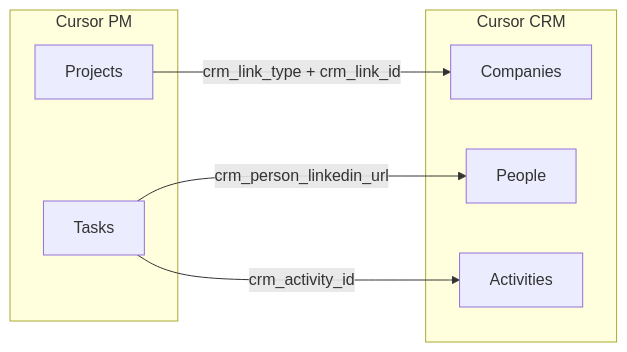
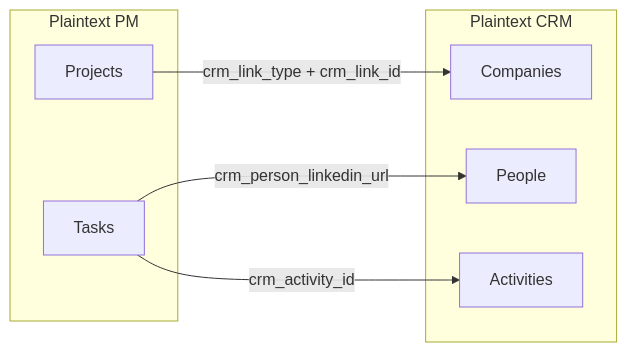
The fifth of 5 diagrams in docs/PM_FLOW_DIAGRAM.md (anthroos/cursor-pm), drawn with Mermaid before and after one commit. The commit also changed other lines of this file and 6 other files, not shown here.

First line of the commit message:
Rename: Cursor PM → Plaintext PM (#6)

````diff
--- a/docs/PM_FLOW_DIAGRAM.md
+++ b/docs/PM_FLOW_DIAGRAM.md
@@ -131,17 +131,17 @@
 ```mermaid
 flowchart LR
-    subgraph PM["Cursor PM"]
+    subgraph PM["Plaintext PM"]
         P[Projects]
         T[Tasks]
     end
 
-    subgraph CRM["Cursor CRM"]
+    subgraph CRM["Plaintext CRM"]
         CO[Companies]
         PE[People]
         AC[Activities]
     end
 
     P -->|crm_link_type + crm_link_id| CO
     T -->|crm_activity_id| AC
     T -->|crm_person_linkedin_url| PE
 ```
````
